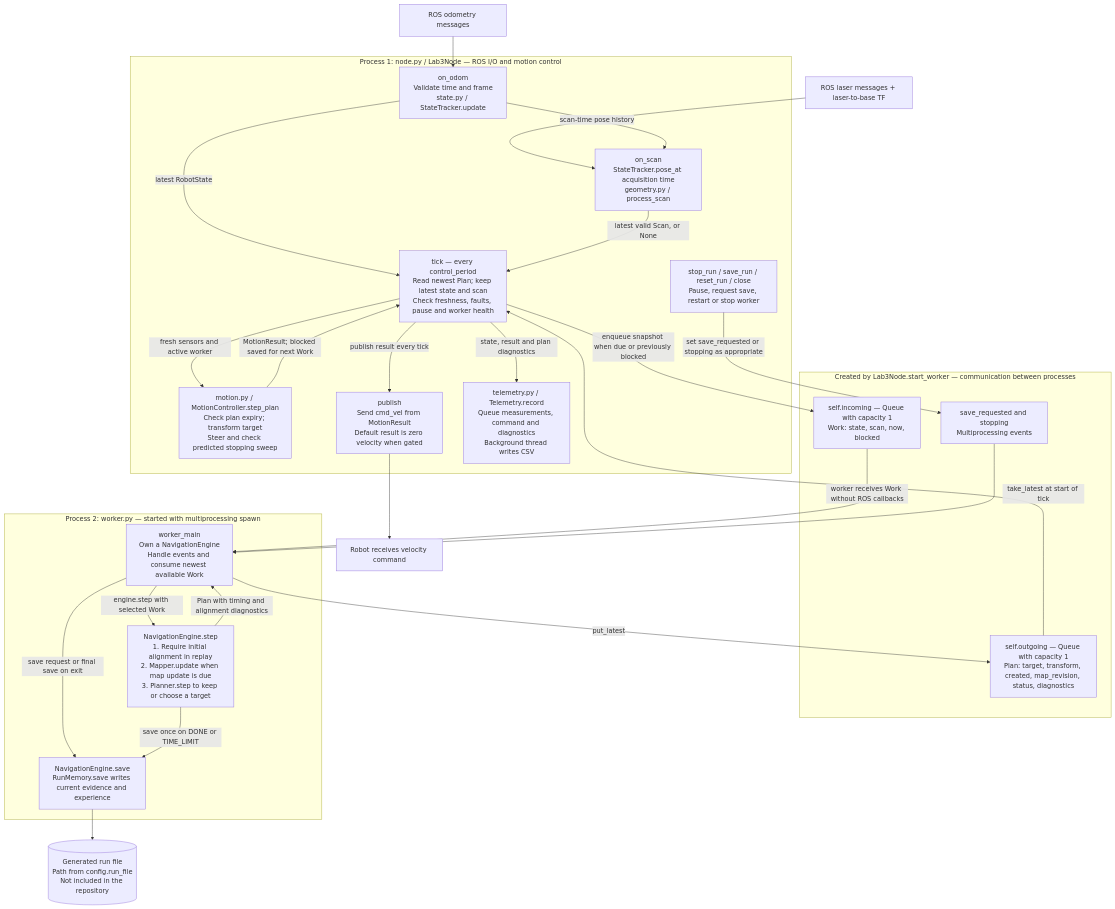
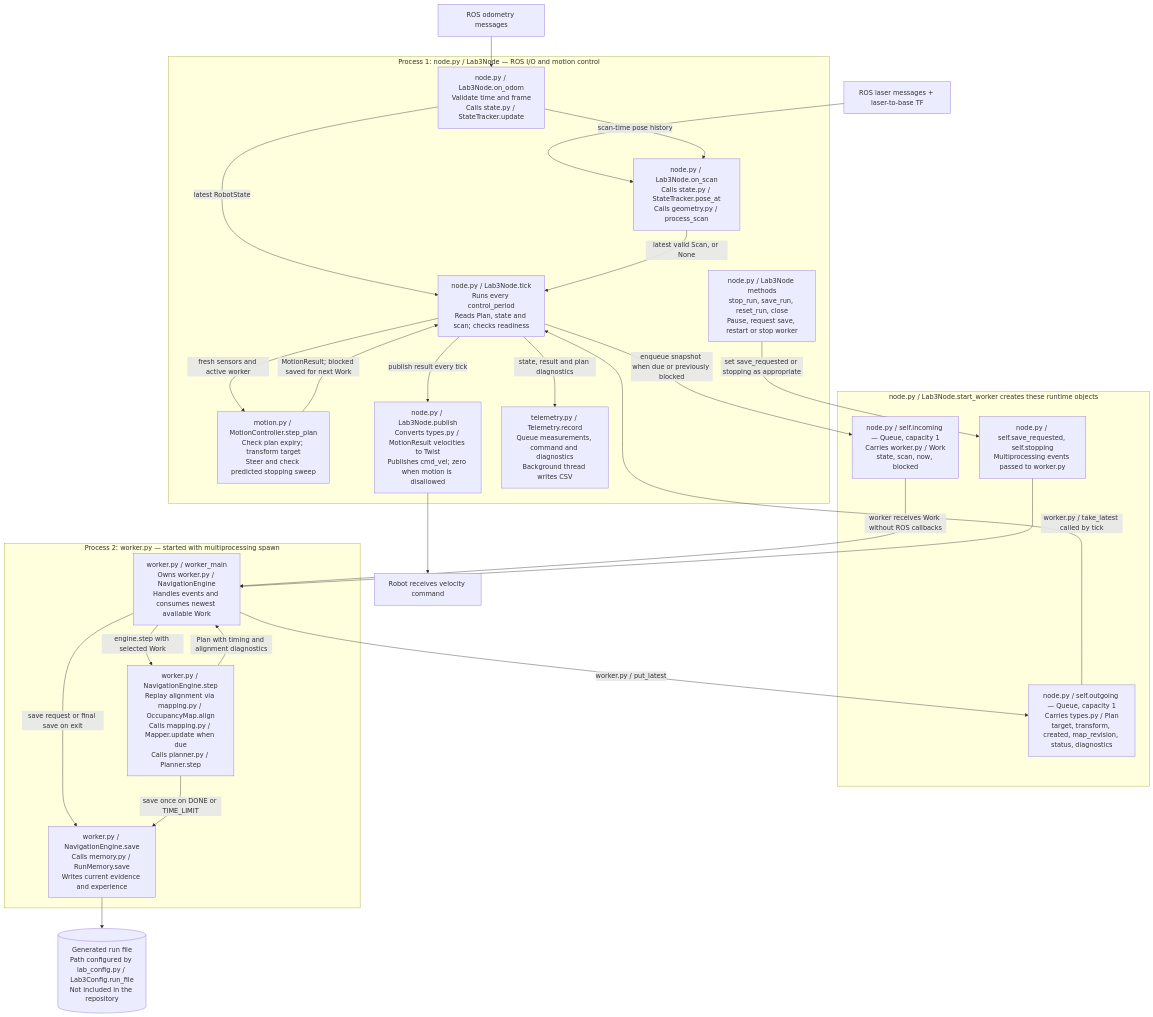
The first of 2 diagrams in README.md (DJPark1213/Autonomous_Mobile_Robot_Lab), drawn with Mermaid before and after one commit. The commit also changed other lines of this file, not shown here.

````diff
--- a/README.md
+++ b/README.md
@@ -24,52 +30,52 @@
 ```mermaid
 flowchart TB
   ODOM["ROS odometry messages"]
   LASER["ROS laser messages + laser-to-base TF"]
 
   subgraph NODE["Process 1: node.py / Lab3Node — ROS I/O and motion control"]
-    STATE["on_odom<br/>Validate time and frame<br/>state.py / StateTracker.update"]
-    SCAN["on_scan<br/>StateTracker.pose_at acquisition time<br/>geometry.py / process_scan"]
-    TICK["tick — every control_period<br/>Read newest Plan; keep latest state and scan<br/>Check freshness, faults, pause and worker health"]
+    STATE["node.py / Lab3Node.on_odom<br/>Validate time and frame<br/>Calls state.py / StateTracker.update"]
+    SCAN["node.py / Lab3Node.on_scan<br/>Calls state.py / StateTracker.pose_at<br/>Calls geometry.py / process_scan"]
+    TICK["node.py / Lab3Node.tick<br/>Runs every control_period<br/>Reads Plan, state and scan; checks readiness"]
     CONTROL["motion.py / MotionController.step_plan<br/>Check plan expiry; transform target<br/>Steer and check predicted stopping sweep"]
-    PUBLISH["publish<br/>Send cmd_vel from MotionResult<br/>Default result is zero velocity when gated"]
+    PUBLISH["node.py / Lab3Node.publish<br/>Converts types.py / MotionResult velocities to Twist<br/>Publishes cmd_vel; zero when motion is disallowed"]
     LOG["telemetry.py / Telemetry.record<br/>Queue measurements, command and diagnostics<br/>Background thread writes CSV"]
-    LIFECYCLE["stop_run / save_run / reset_run / close<br/>Pause, request save, restart or stop worker"]
+    LIFECYCLE["node.py / Lab3Node methods<br/>stop_run, save_run, reset_run, close<br/>Pause, request save, restart or stop worker"]
   end
 
-  subgraph IPC["Created by Lab3Node.start_worker — communication between processes"]
-    INCOMING["self.incoming — Queue with capacity 1<br/>Work: state, scan, now, blocked"]
-    OUTGOING["self.outgoing — Queue with capacity 1<br/>Plan: target, transform, created, map_revision, status, diagnostics"]
-    EVENTS["save_requested and stopping<br/>Multiprocessing events"]
+  subgraph IPC["node.py / Lab3Node.start_worker creates these runtime objects"]
+    INCOMING["node.py / self.incoming — Queue, capacity 1<br/>Carries worker.py / Work<br/>state, scan, now, blocked"]
+    OUTGOING["node.py / self.outgoing — Queue, capacity 1<br/>Carries types.py / Plan<br/>target, transform, created, map_revision, status, diagnostics"]
+    EVENTS["node.py / self.save_requested, self.stopping<br/>Multiprocessing events passed to worker.py"]
   end
 
   subgraph WORKER["Process 2: worker.py — started with multiprocessing spawn"]
-    LOOP["worker_main<br/>Own a NavigationEngine<br/>Handle events and consume newest available Work"]
-    ENGINE["NavigationEngine.step<br/>1. Require initial alignment in replay<br/>2. Mapper.update when map update is due<br/>3. Planner.step to keep or choose a target"]
-    SAVE["NavigationEngine.save<br/>RunMemory.save writes current evidence and experience"]
+    LOOP["worker.py / worker_main<br/>Owns worker.py / NavigationEngine<br/>Handles events and consumes newest available Work"]
+    ENGINE["worker.py / NavigationEngine.step<br/>Replay alignment via mapping.py / OccupancyMap.align<br/>Calls mapping.py / Mapper.update when due<br/>Calls planner.py / Planner.step"]
+    SAVE["worker.py / NavigationEngine.save<br/>Calls memory.py / RunMemory.save<br/>Writes current evidence and experience"]
   end
 
   ROBOT["Robot receives velocity command"]
-  SAVED[("Generated run file<br/>Path from config.run_file<br/>Not included in the repository")]
+  SAVED[("Generated run file<br/>Path configured by lab_config.py / Lab3Config.run_file<br/>Not included in the repository")]
 
   ODOM --> STATE
   LASER --> SCAN
   STATE -->|scan-time pose history| SCAN
   STATE -->|latest RobotState| TICK
   SCAN -->|latest valid Scan, or None| TICK
   TICK -->|enqueue snapshot when due or previously blocked| INCOMING
   INCOMING -->|worker receives Work without ROS callbacks| LOOP
   LOOP -->|engine.step with selected Work| ENGINE
   ENGINE -->|Plan with timing and alignment diagnostics| LOOP
-  LOOP -->|put_latest| OUTGOING
-  OUTGOING -->|take_latest at start of tick| TICK
+  LOOP -->|worker.py / put_latest| OUTGOING
+  OUTGOING -->|worker.py / take_latest called by tick| TICK
   TICK -->|fresh sensors and active worker| CONTROL
   CONTROL -->|MotionResult; blocked saved for next Work| TICK
   TICK -->|publish result every tick| PUBLISH
   PUBLISH --> ROBOT
   TICK -->|state, result and plan diagnostics| LOG
   LIFECYCLE -->|set save_requested or stopping as appropriate| EVENTS
   EVENTS --> LOOP
   LOOP -->|save request or final save on exit| SAVE
   ENGINE -->|save once on DONE or TIME_LIMIT| SAVE
   SAVE --> SAVED
 ```
````
